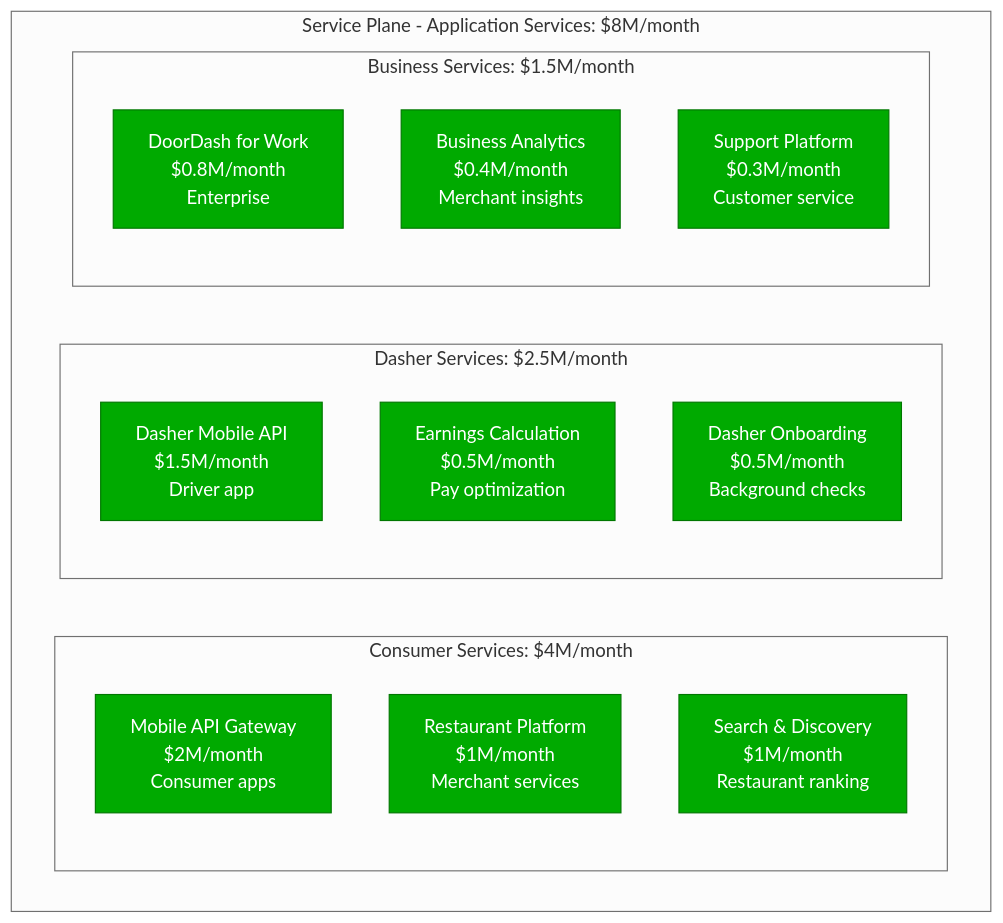
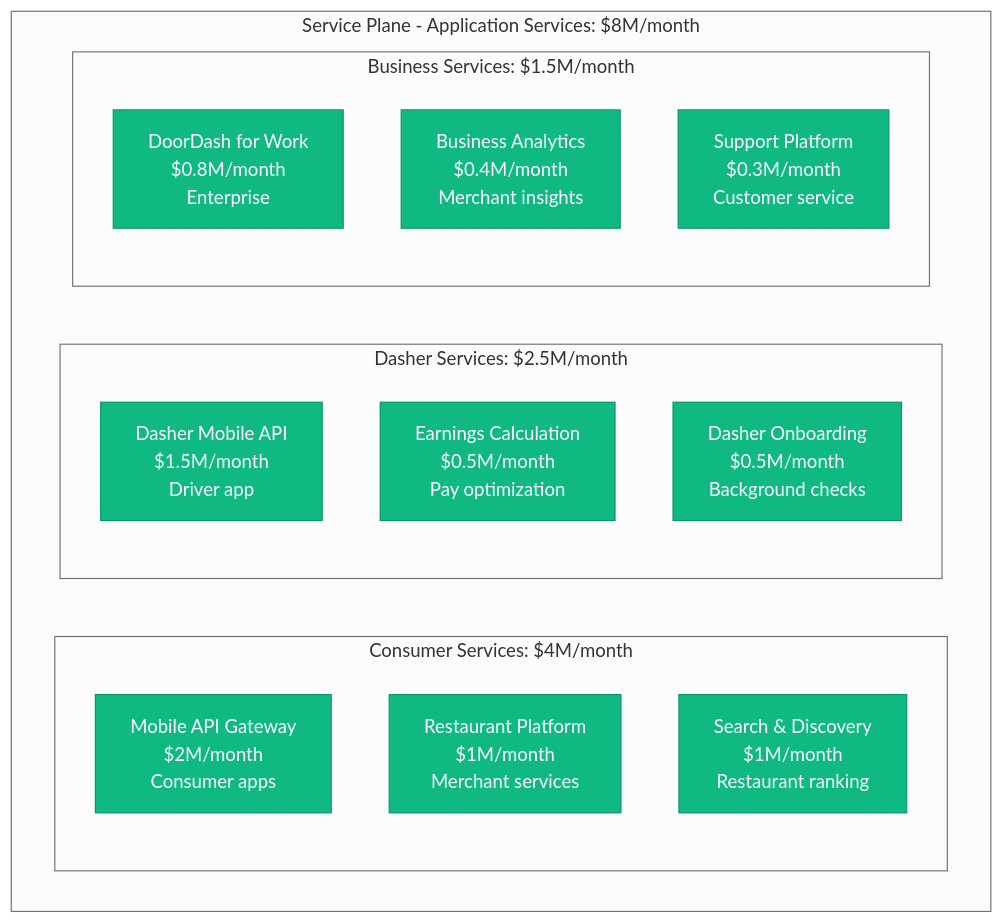
One commit to deepaucksharma/DS changed the third of 14 diagrams in site/docs/costs/doordash-infrastructure-breakdown.md. Above: the diagram before and after it, drawn with Mermaid (neutral theme). The commit also changed other lines of this file and 187 other files, not shown here.

````diff
--- a/site/docs/costs/doordash-infrastructure-breakdown.md
+++ b/site/docs/costs/doordash-infrastructure-breakdown.md
@@ -79,26 +79,26 @@
 ```mermaid
 graph TB
     subgraph ServiceCosts[Service Plane - Application Services: $8M/month]
         subgraph ConsumerAPI[Consumer Services: $4M/month]
             MOBILE_API[Mobile API Gateway<br/>$2M/month<br/>Consumer apps]
             RESTAURANT_API[Restaurant Platform<br/>$1M/month<br/>Merchant services]
             SEARCH_DISC[Search & Discovery<br/>$1M/month<br/>Restaurant ranking]
         end
 
         subgraph DasherAPI[Dasher Services: $2.5M/month]
             DASHER_MOBILE[Dasher Mobile API<br/>$1.5M/month<br/>Driver app]
             EARNINGS[Earnings Calculation<br/>$0.5M/month<br/>Pay optimization]
             ONBOARDING[Dasher Onboarding<br/>$0.5M/month<br/>Background checks]
         end
 
         subgraph BusinessAPI[Business Services: $1.5M/month]
             DOORDASH_WORK[DoorDash for Work<br/>$0.8M/month<br/>Enterprise]
             ANALYTICS[Business Analytics<br/>$0.4M/month<br/>Merchant insights]
             SUPPORT[Support Platform<br/>$0.3M/month<br/>Customer service]
         end
     end
 
     %% Apply service plane colors
-    classDef serviceStyle fill:#00AA00,stroke:#007700,color:#fff
+    classDef serviceStyle fill:#10B981,stroke:#059669,color:#fff
     class MOBILE_API,RESTAURANT_API,SEARCH_DISC,DASHER_MOBILE,EARNINGS,ONBOARDING,DOORDASH_WORK,ANALYTICS,SUPPORT serviceStyle
 ```
````
